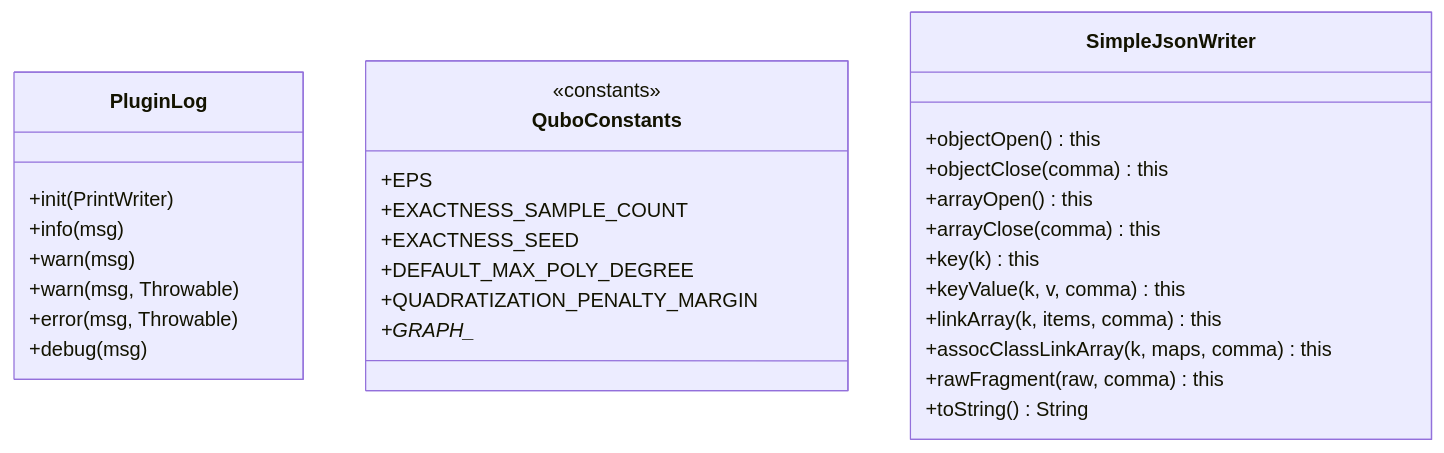
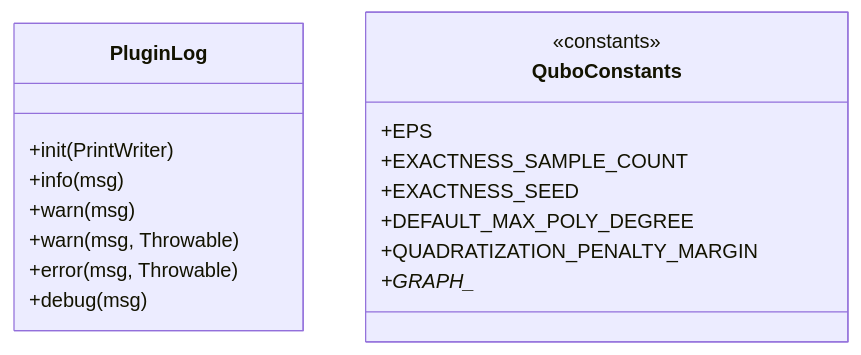
One commit to JoaoAlmeida-dev/Use2Qubo changed the diagram in src/main/java/org/tzi/use/plugin/use2qubo/util/README.md. Above: the diagram before and after it, drawn with Mermaid. The commit also changed other lines of this file and 26 other files, not shown here.

Commit message:
feat(use2qubo): exhaustive exactness proof; move config/result JSON I/O from SimpleJsonWriter to Gson

````diff
--- a/src/main/java/org/tzi/use/plugin/use2qubo/util/README.md
+++ b/src/main/java/org/tzi/use/plugin/use2qubo/util/README.md
@@ -11,32 +10,20 @@
 ```mermaid
 classDiagram
     class PluginLog {
         +init(PrintWriter)
         +info(msg)
         +warn(msg)
         +warn(msg, Throwable)
         +error(msg, Throwable)
         +debug(msg)
     }
     class QuboConstants {
         <<constants>>
         +EPS
         +EXACTNESS_SAMPLE_COUNT
         +EXACTNESS_SEED
         +DEFAULT_MAX_POLY_DEGREE
         +QUADRATIZATION_PENALTY_MARGIN
         +GRAPH_*
     }
-    class SimpleJsonWriter {
-        +objectOpen() this
-        +objectClose(comma) this
-        +arrayOpen() this
-        +arrayClose(comma) this
-        +key(k) this
-        +keyValue(k, v, comma) this
-        +linkArray(k, items, comma) this
-        +assocClassLinkArray(k, maps, comma) this
-        +rawFragment(raw, comma) this
-        +toString() String
-    }
 ```
````
